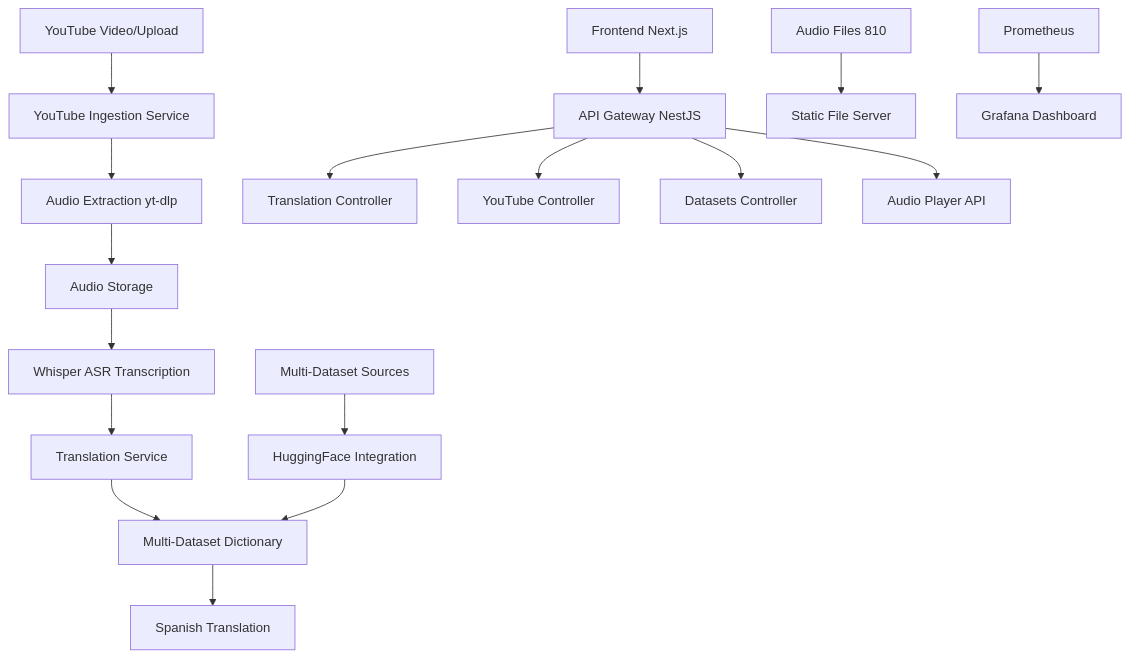
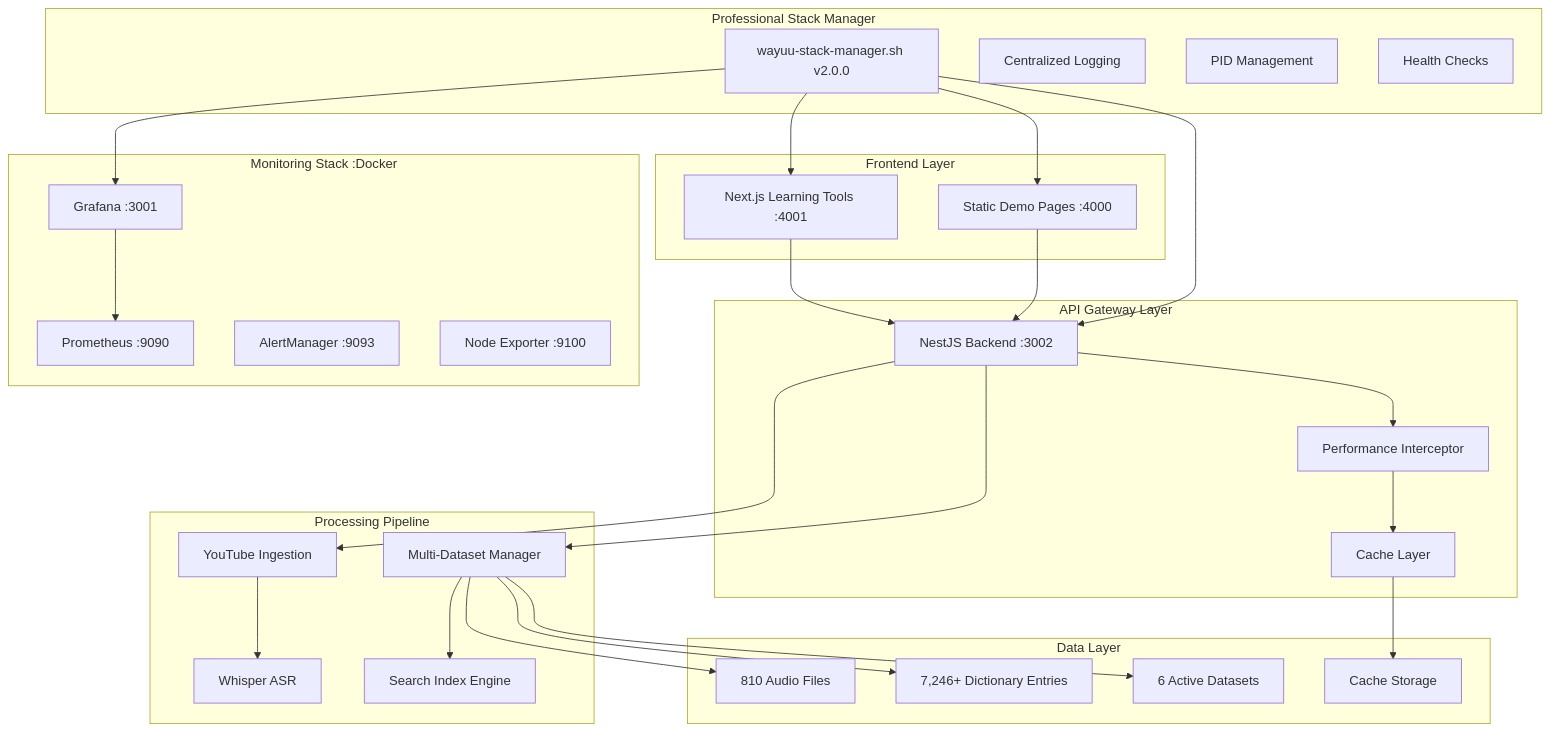
One commit to fredygallego8/wayuu-spanish-translator changed the diagram in README.md. Above: the diagram before and after it, drawn with Mermaid. The commit also changed other lines of this file and 12 other files, not shown here.

````diff
--- a/README.md
+++ b/README.md
@@ -46,22 +71,59 @@
 ```mermaid
 graph TB
-    A[YouTube Video/Upload] --> B[YouTube Ingestion Service]
-    B --> C[Audio Extraction yt-dlp]
-    C --> D[Audio Storage]
-    D --> E[Whisper ASR Transcription]
-    E --> F[Translation Service]
-    F --> G[Multi-Dataset Dictionary]
-    G --> H[Spanish Translation]
+    subgraph "Frontend Layer"
+        A[Next.js Learning Tools :4001] 
+        B[Static Demo Pages :4000]
+    end
     
-    I[Frontend Next.js] --> J[API Gateway NestJS]
-    J --> K[Translation Controller]
-    J --> L[YouTube Controller]
-    J --> M[Datasets Controller]
-    J --> N[Audio Player API]
+    subgraph "API Gateway Layer"  
+        C[NestJS Backend :3002]
+        D[Performance Interceptor]
+        E[Cache Layer]
+    end
     
-    O[Audio Files 810] --> P[Static File Server]
-    Q[Prometheus] --> R[Grafana Dashboard]
+    subgraph "Processing Pipeline"
+        F[YouTube Ingestion]
+        G[Whisper ASR]
+        H[Multi-Dataset Manager]
+        I[Search Index Engine]
+    end
     
-    S[Multi-Dataset Sources] --> T[HuggingFace Integration]
-    T --> G
+    subgraph "Data Layer"
+        J[810 Audio Files]
+        K[7,246+ Dictionary Entries]
+        L[6 Active Datasets]
+        M[Cache Storage]
+    end
+    
+    subgraph "Monitoring Stack :Docker"
+        N[Grafana :3001]
+        O[Prometheus :9090] 
+        P[AlertManager :9093]
+        Q[Node Exporter :9100]
+    end
+    
+    subgraph "Professional Stack Manager"
+        R[wayuu-stack-manager.sh v2.0.0]
+        S[Centralized Logging]
+        T[PID Management]
+        U[Health Checks]
+    end
+    
+    A --> C
+    B --> C
+    C --> D
+    D --> E
+    C --> F
+    F --> G
+    C --> H
+    H --> I
+    H --> J
+    H --> K
+    H --> L
+    E --> M
+    N --> O
+    R --> N
+    R --> C
+    R --> A
+    R --> B
 ```
````
